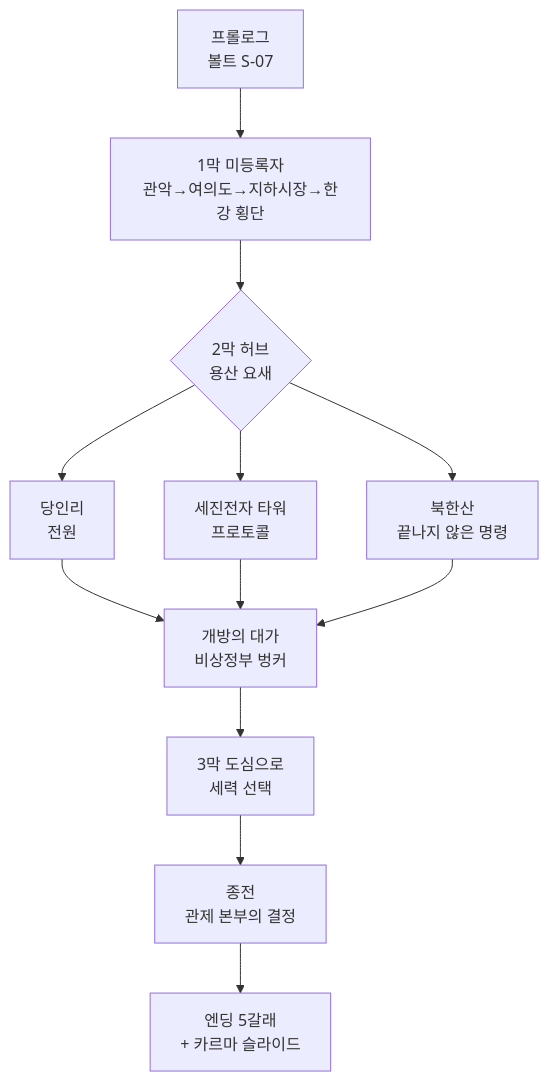
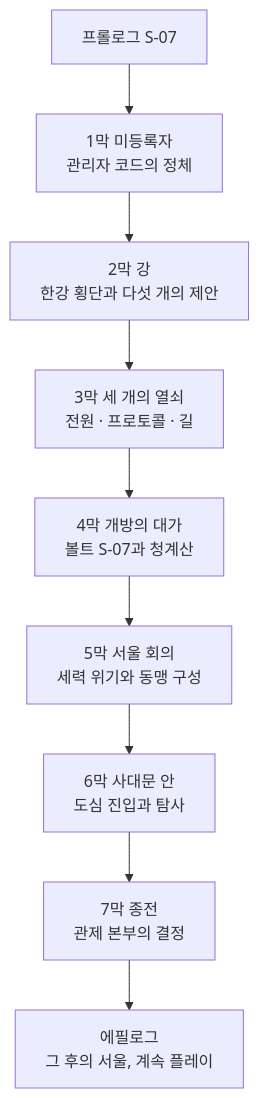
The diagram in docs/seoul-fallout/00_concept.md (forsurvive/003), drawn with Mermaid before and after one commit. The commit also changed other lines of this file, not shown here.

````diff
--- a/docs/seoul-fallout/00_concept.md
+++ b/docs/seoul-fallout/00_concept.md
@@ -158,14 +165,11 @@
 ```mermaid
 flowchart TD
-  P[프롤로그<br/>볼트 S-07] --> A1[1막 미등록자<br/>관악→여의도→지하시장→한강 횡단]
-  A1 --> HUB{2막 허브<br/>용산 요새}
-  HUB --> B1[당인리<br/>전원]
-  HUB --> B2[세진전자 타워<br/>프로토콜]
-  HUB --> B3[북한산<br/>끝나지 않은 명령]
-  B1 --> T[개방의 대가<br/>비상정부 벙커]
-  B2 --> T
-  B3 --> T
-  T --> A3[3막 도심으로<br/>세력 선택]
-  A3 --> F[종전<br/>관제 본부의 결정]
-  F --> E[엔딩 5갈래<br/>+ 카르마 슬라이드]
+  P["프롤로그 S-07"] --> A1["1막 미등록자<br/>관리자 코드의 정체"]
+  A1 --> A2["2막 강<br/>한강 횡단과 다섯 개의 제안"]
+  A2 --> A3["3막 세 개의 열쇠<br/>전원 · 프로토콜 · 길"]
+  A3 --> A4["4막 개방의 대가<br/>볼트 S-07과 청계산"]
+  A4 --> A5["5막 서울 회의<br/>세력 위기와 동맹 구성"]
+  A5 --> A6["6막 사대문 안<br/>도심 진입과 탐사"]
+  A6 --> A7["7막 종전<br/>관제 본부의 결정"]
+  A7 --> EP["에필로그<br/>그 후의 서울, 계속 플레이"]
 ```
````
